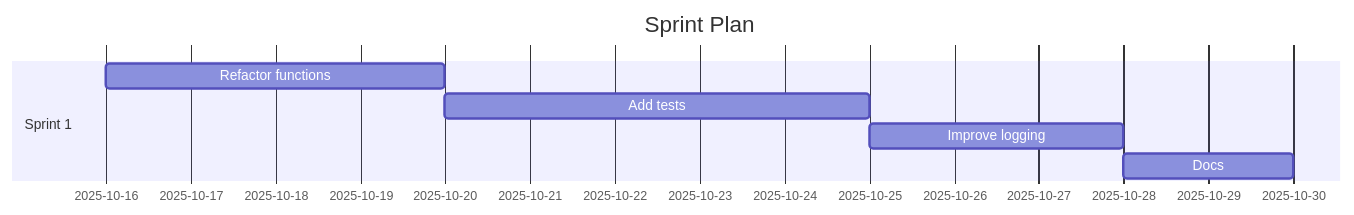
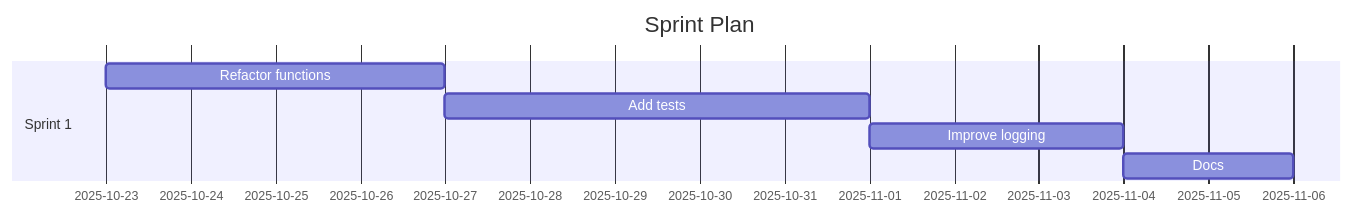
The diagram in demos/demo-code-analysis.sprint.md (Anselmoo/mcp-ai-agent-guidelines), drawn with Mermaid before and after one commit. The commit also changed other lines of this file and 29 other files, not shown here.

````diff
--- a/demos/demo-code-analysis.sprint.md
+++ b/demos/demo-code-analysis.sprint.md
@@ -59,11 +59,11 @@
 ```mermaid
 gantt
 	dateFormat  YYYY-MM-DD
 	title Sprint Plan
 %% Accessibility: Title=Project Sprint Plan; Description=Gantt chart of sprints and tasks over time. %%
   section Sprint 1
-  Refactor functions :s1t0, 2025-10-16, 4d
-  Add tests :s1t1, 2025-10-20, 5d
-  Improve logging :s1t2, 2025-10-25, 3d
-  Docs :s1t3, 2025-10-28, 2d
+  Refactor functions :s1t0, 2025-10-23, 4d
+  Add tests :s1t1, 2025-10-27, 5d
+  Improve logging :s1t2, 2025-11-01, 3d
+  Docs :s1t3, 2025-11-04, 2d
 ```
````
